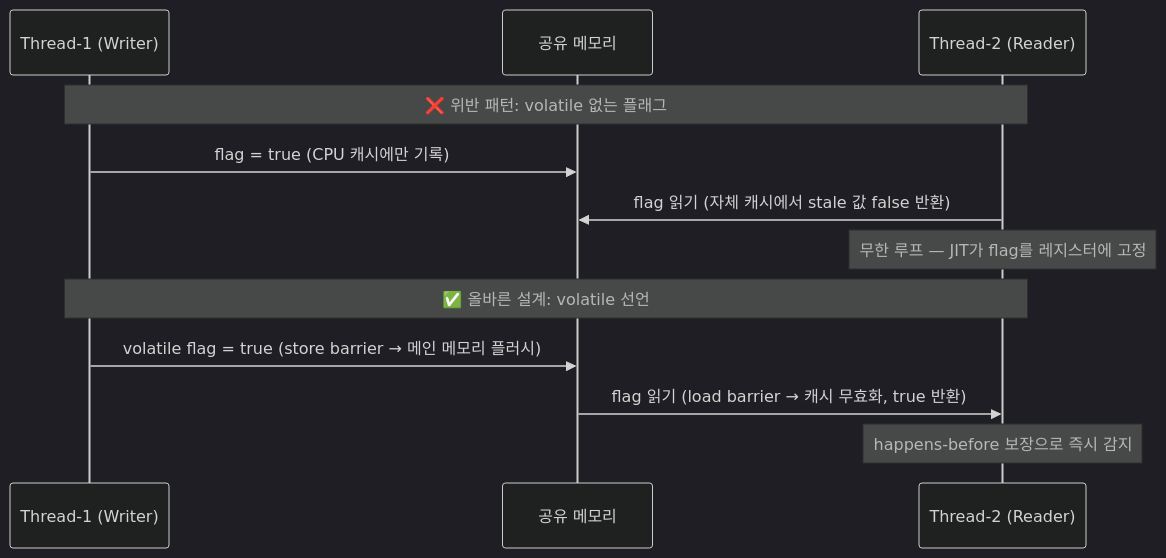
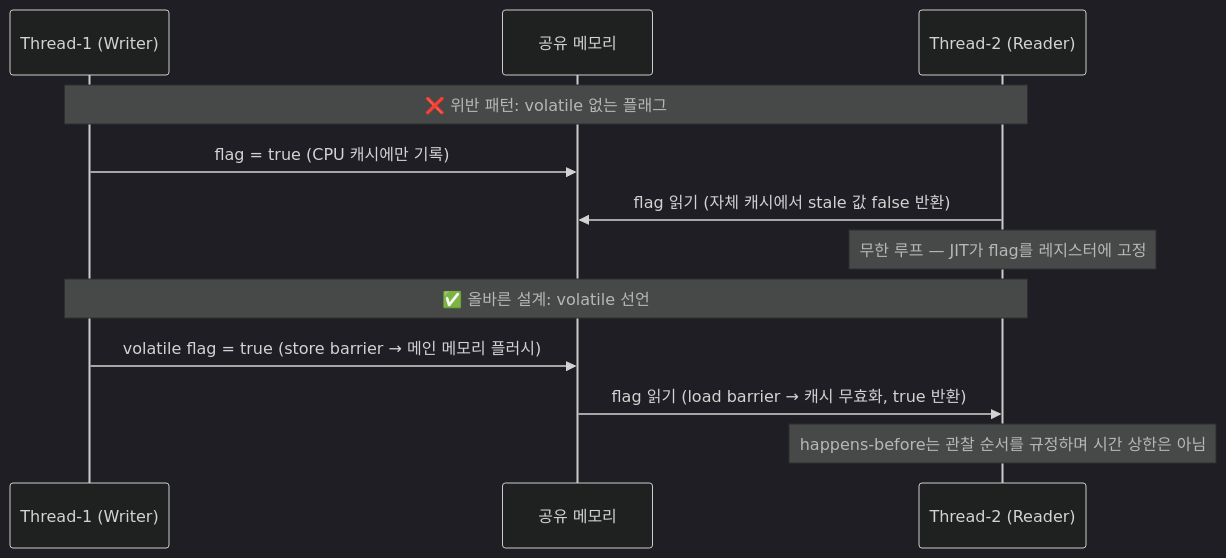
One commit to choisimo/document changed diagram 19 of 22 in content/docs/books/cs-reference/ko/java-internals.md. Above: the diagram before and after it, drawn with Mermaid (dark theme). The commit also changed other lines of this file and 504 other files, not shown here.

````diff
--- a/content/docs/books/cs-reference/ko/java-internals.md
+++ b/content/docs/books/cs-reference/ko/java-internals.md
@@ -497,16 +506,16 @@
 ```mermaid
 sequenceDiagram
     participant T1 as Thread-1 (Writer)
     participant MEM as 공유 메모리
     participant T2 as Thread-2 (Reader)
     
     Note over T1,T2: ❌ 위반 패턴: volatile 없는 플래그
     T1->>MEM: flag = true (CPU 캐시에만 기록)
     T2->>MEM: flag 읽기 (자체 캐시에서 stale 값 false 반환)
     Note over T2: 무한 루프 — JIT가 flag를 레지스터에 고정
     
     Note over T1,T2: ✅ 올바른 설계: volatile 선언
     T1->>MEM: volatile flag = true (store barrier → 메인 메모리 플러시)
     MEM->>T2: flag 읽기 (load barrier → 캐시 무효화, true 반환)
-    Note over T2: happens-before 보장으로 즉시 감지
+    Note over T2: happens-before는 관찰 순서를 규정하며 시간 상한은 아님
 ```
````
